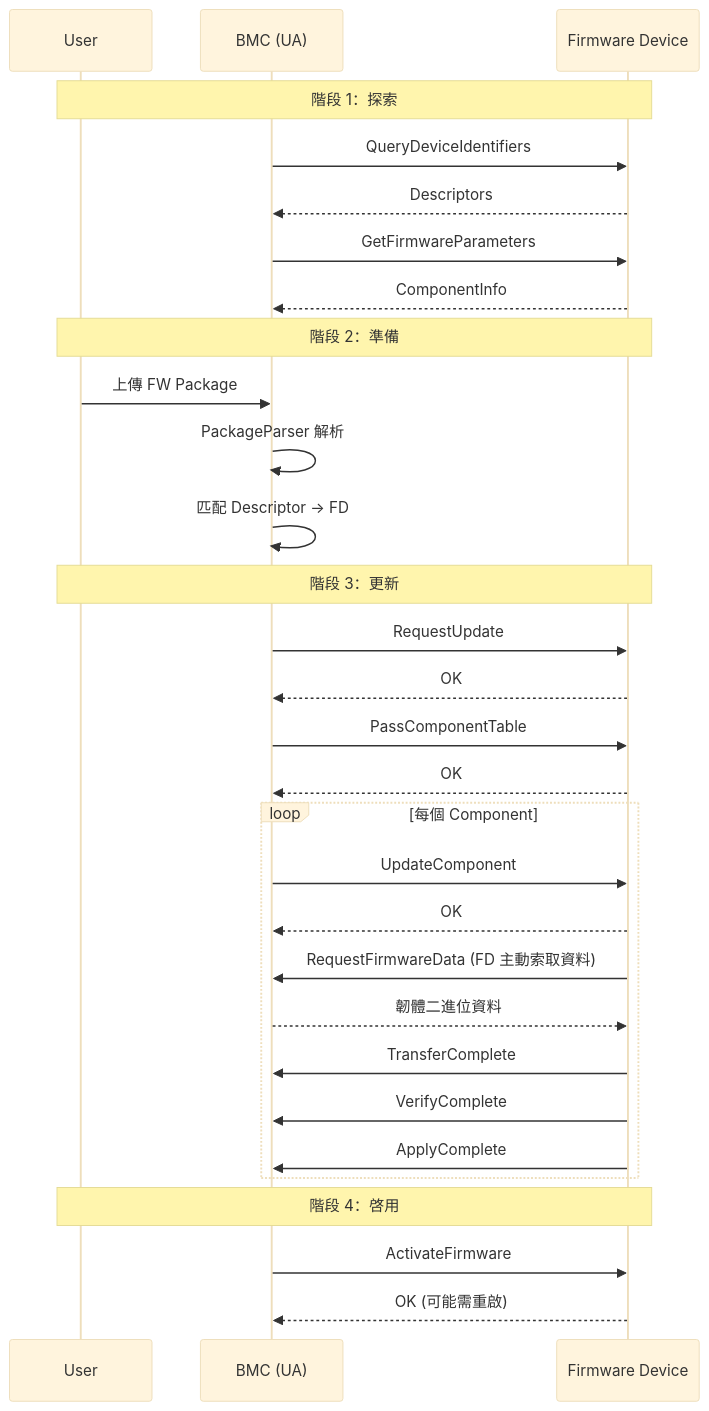
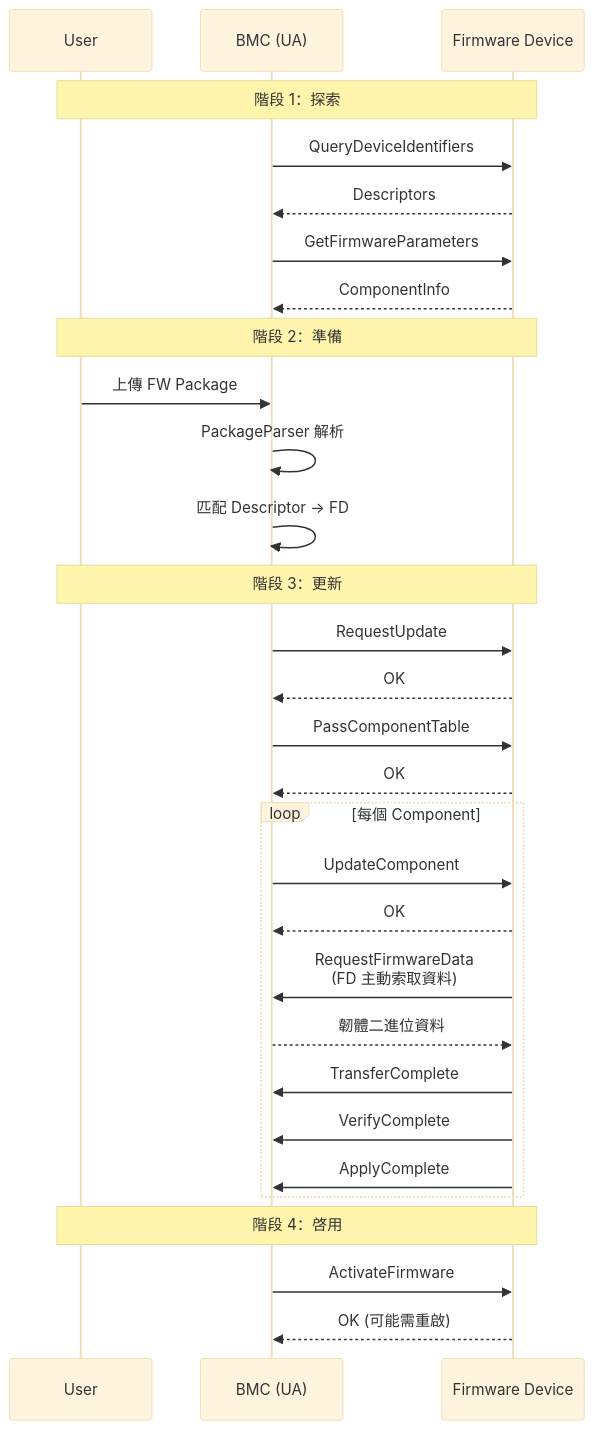
The fourth of 4 diagrams in pldm/FirmwareUpdate.md (chilung-cgu/bmc-firmware-knowledge-base), drawn with Mermaid (base theme) before and after one commit. The commit also changed 18 other files, not shown here.

First line of the commit message:
docs(pldm): 批量優化 Mermaid 流程圖排版解決文字截斷問題

````diff
--- a/pldm/FirmwareUpdate.md
+++ b/pldm/FirmwareUpdate.md
@@ -213,37 +213,37 @@
 ```mermaid
 sequenceDiagram
     participant User
     participant BMC as BMC (UA)
     participant FD as Firmware Device
 
     Note over User,FD: 階段 1：探索
     BMC->>FD: QueryDeviceIdentifiers
     FD-->>BMC: Descriptors
     BMC->>FD: GetFirmwareParameters
     FD-->>BMC: ComponentInfo
 
     Note over User,FD: 階段 2：準備
     User->>BMC: 上傳 FW Package
     BMC->>BMC: PackageParser 解析
     BMC->>BMC: 匹配 Descriptor → FD
 
     Note over User,FD: 階段 3：更新
     BMC->>FD: RequestUpdate
     FD-->>BMC: OK
     BMC->>FD: PassComponentTable
     FD-->>BMC: OK
 
     loop 每個 Component
         BMC->>FD: UpdateComponent
         FD-->>BMC: OK
-        FD->>BMC: RequestFirmwareData (FD 主動索取資料)
+        FD->>BMC: RequestFirmwareData<br>(FD 主動索取資料)
         BMC-->>FD: 韌體二進位資料
         FD->>BMC: TransferComplete
         FD->>BMC: VerifyComplete
         FD->>BMC: ApplyComplete
     end
 
     Note over User,FD: 階段 4：啓用
     BMC->>FD: ActivateFirmware
     FD-->>BMC: OK (可能需重啟)
 ```
````
